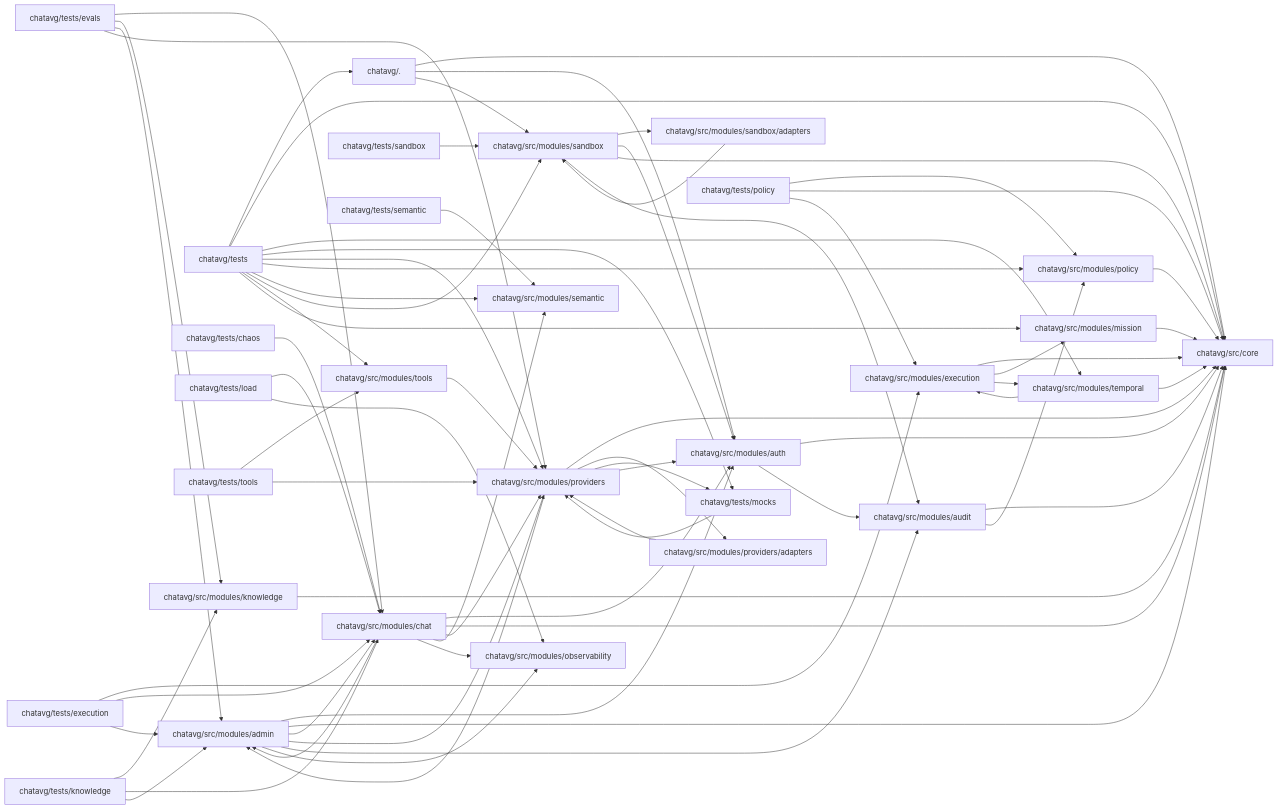
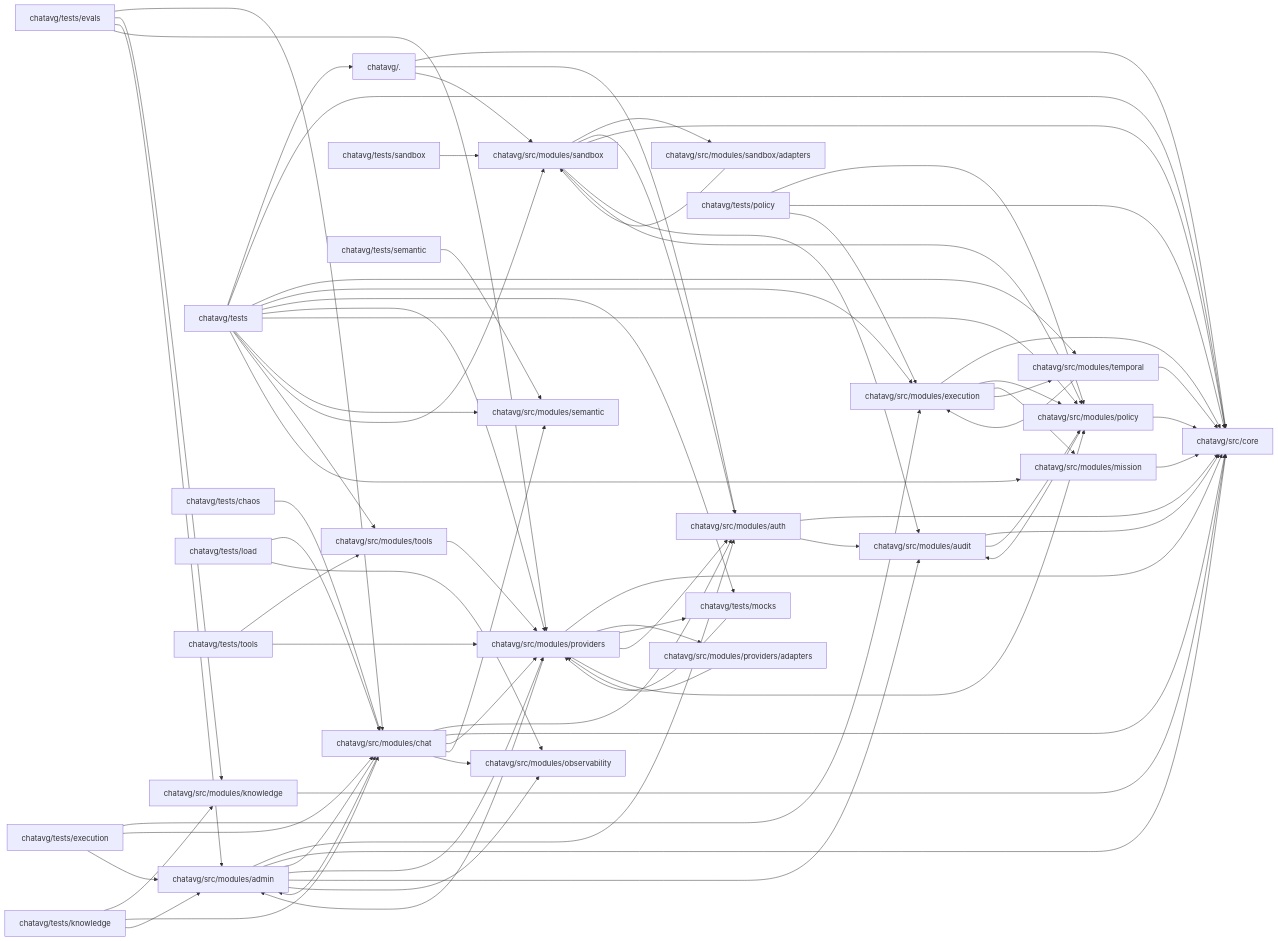
One commit to xlabkm-ux/chat_avg changed the first of 2 diagrams in PROJECT_MAP.md. Above: the diagram before and after it, drawn with Mermaid. The commit also changed other lines of this file and 8 other files, not shown here.

```diff
--- a/PROJECT_MAP.md
+++ b/PROJECT_MAP.md
@@ -67,28 +67,33 @@
   H5 --> H10
   H5 --> H8
   H11 --> H1
+  H11 --> H9
   H11 --> H12
   H11 --> H13
   H14 --> H1
   H12 --> H1
   H9 --> H1
+  H9 --> H7
   H15 --> H6
   H6 --> H1
   H6 --> H15
   H6 --> H16
   H6 --> H2
+  H6 --> H9
   H6 --> H4
   H17 --> H3
   H3 --> H17
   H3 --> H2
   H3 --> H1
   H3 --> H7
+  H3 --> H9
   H13 --> H11
   H13 --> H1
   H18 --> H6
   H19 --> H0
   H19 --> H1
   H19 --> H13
+  H19 --> H11
   H20 --> H5
   H19 --> H16
   H19 --> H6
```
